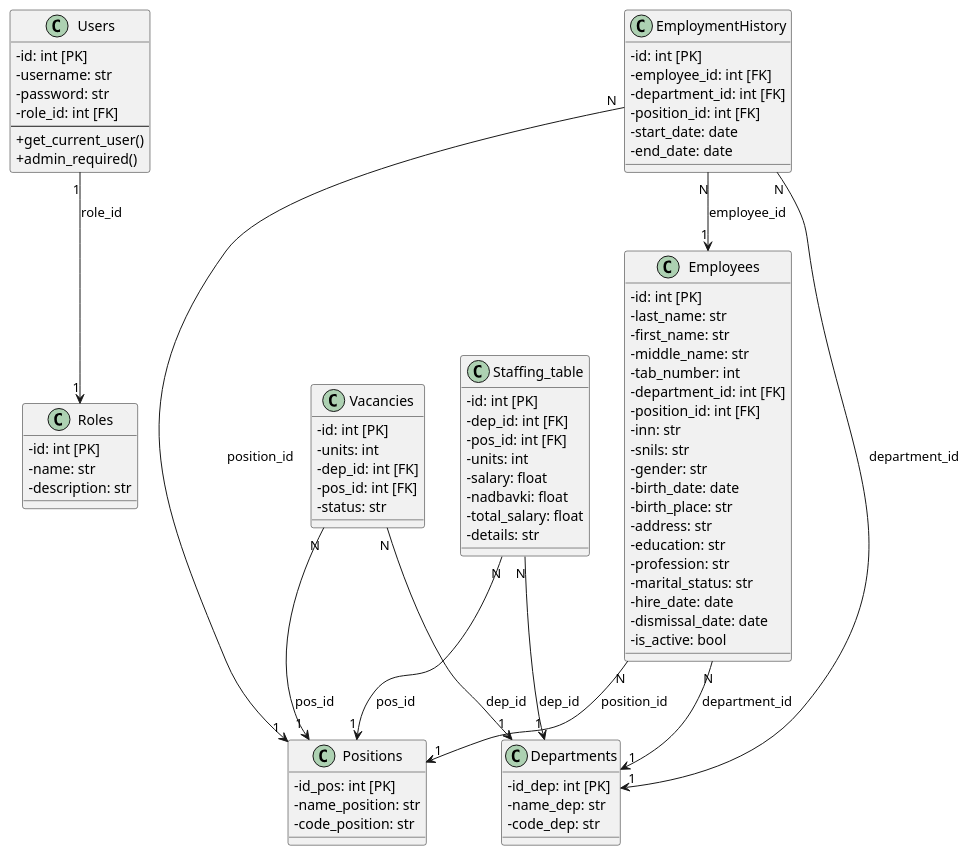
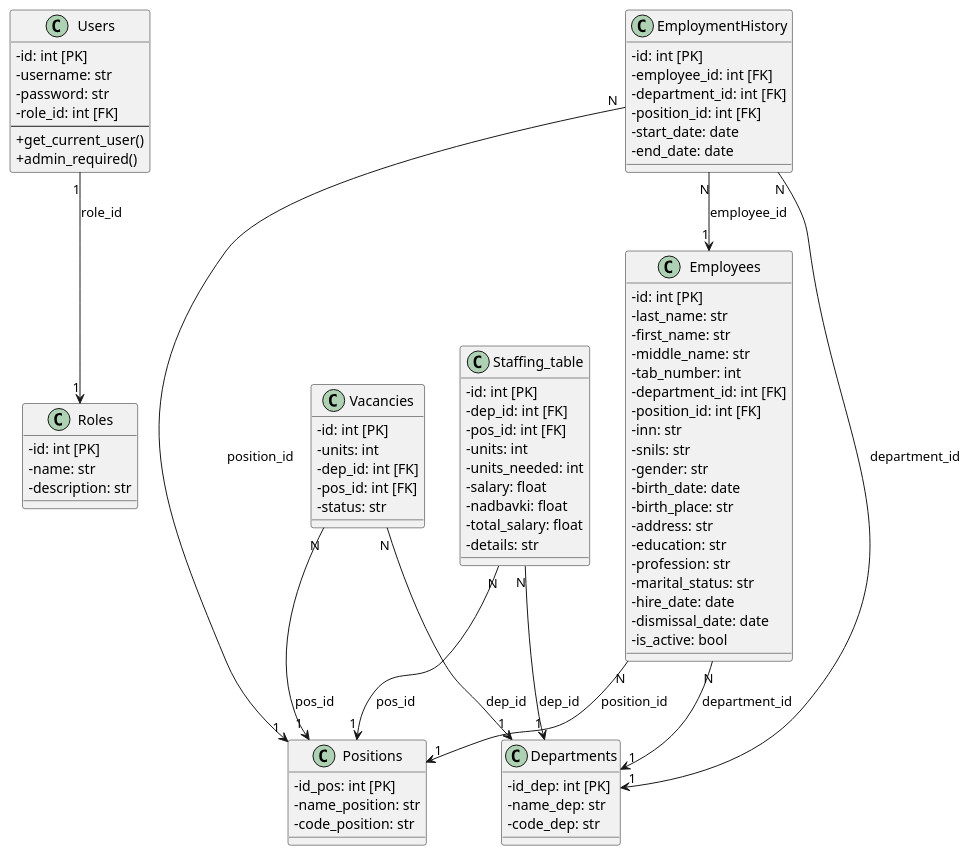
Before and after one commit to zxcpelmenikc/sqlmodel_helper: the third of 10 diagrams in Пояснительная_записка.md, drawn with PlantUML. The commit also changed other lines of this file, not shown here.

```diff
--- a/Пояснительная_записка.md
+++ b/Пояснительная_записка.md
@@ -423,16 +453,17 @@
   - status: str
 }
 
-class Staffing_table {
+class     Staffing_table {
   - id: int [PK]
   - dep_id: int [FK]
   - pos_id: int [FK]
   - units: int
+  - units_needed: int
   - salary: float
   - nadbavki: float
   - total_salary: float
   - details: str
-}
+    }
 
 class EmploymentHistory {
   - id: int [PK]
```
